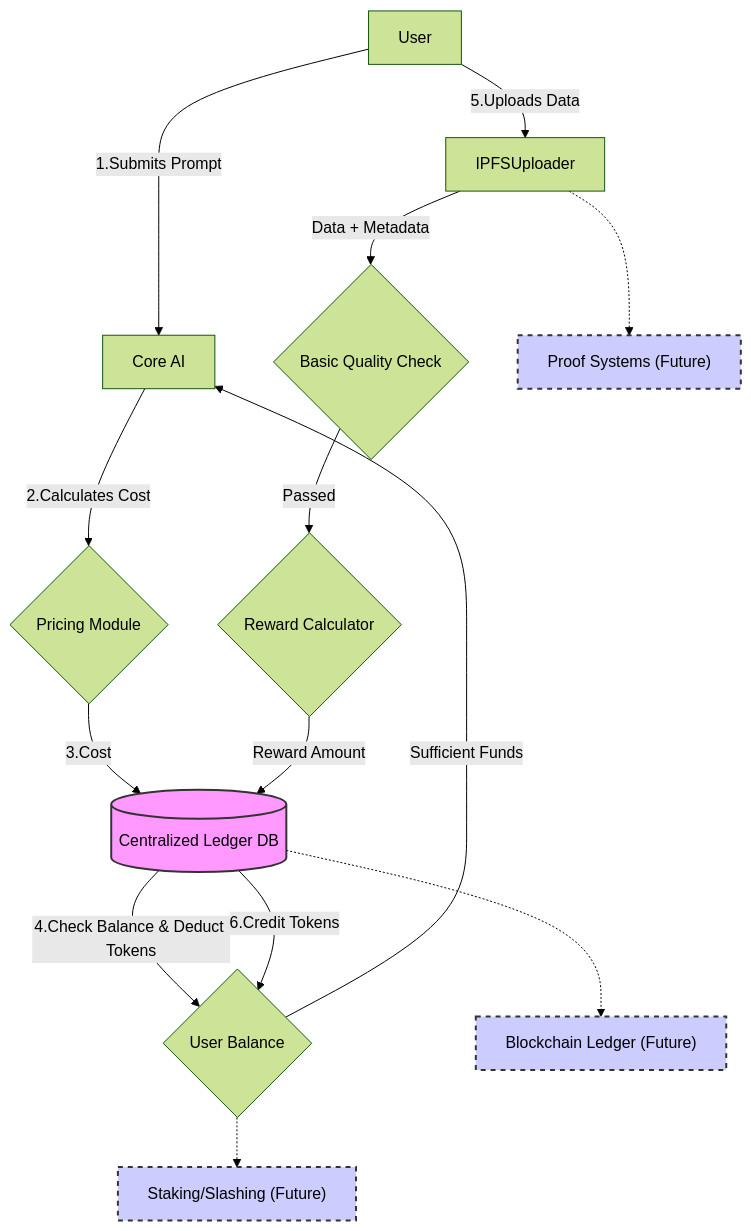
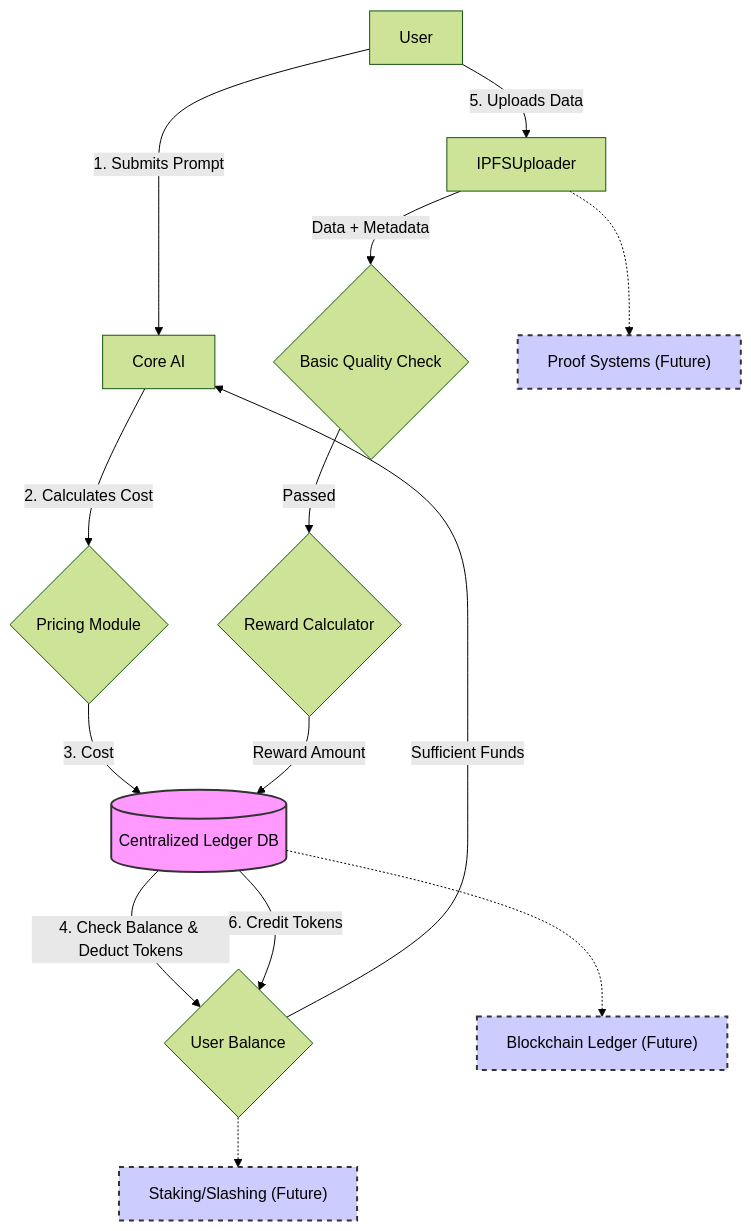
One commit to Ryno2390/Co-Lab changed the fifth of 6 diagrams in README.md. Above: the diagram before and after it, drawn with Mermaid (forest theme). The commit also changed other lines of this file, not shown here.

````diff
--- a/README.md
+++ b/README.md
@@ -275,24 +275,24 @@
 ```mermaid
 graph TD
-    User -- 1.Submits Prompt --> CoreAI[Core AI]
-    CoreAI -- 2.Calculates Cost --> PricingModule{Pricing Module}
-    PricingModule -- 3.Cost --> CentralLedger[(Centralized Ledger DB)]
-    CentralLedger -- 4.Check Balance & Deduct Tokens --> UserBalance{User Balance}
+    User -- 1.&nbsp;Submits Prompt --> CoreAI[Core AI]
+    CoreAI -- 2.&nbsp;Calculates Cost --> PricingModule{Pricing Module}
+    PricingModule -- 3.&nbsp;Cost --> CentralLedger[(Centralized Ledger DB)]
+    CentralLedger -- 4.&nbsp;Check Balance & Deduct Tokens --> UserBalance{User Balance}
     UserBalance -- Sufficient Funds --> CoreAI
 
-    User -- 5.Uploads Data --> IPFSUploader
+    User -- 5.&nbsp;Uploads Data --> IPFSUploader
     IPFSUploader -- Data + Metadata --> QualityCheck{Basic Quality Check}
     QualityCheck -- Passed --> RewardCalc{Reward Calculator}
     RewardCalc -- Reward Amount --> CentralLedger
-    CentralLedger -- 6.Credit Tokens --> UserBalance
+    CentralLedger -- 6.&nbsp;Credit Tokens --> UserBalance
 
     %% Future Decentralized Components (Dashed)
     style CentralLedger fill:#f9f,stroke:#333,stroke-width:2px
     style BlockchainLedger fill:#ccf,stroke:#333,stroke-width:2px,stroke-dasharray: 5 5
     style Staking fill:#ccf,stroke:#333,stroke-width:2px,stroke-dasharray: 5 5
     style Proofs fill:#ccf,stroke:#333,stroke-width:2px,stroke-dasharray: 5 5
 
     CentralLedger -.-> BlockchainLedger["Blockchain Ledger (Future)"]
     UserBalance -.-> Staking["Staking/Slashing (Future)"]
     IPFSUploader -.-> Proofs["Proof Systems (Future)"]
 ```
````
